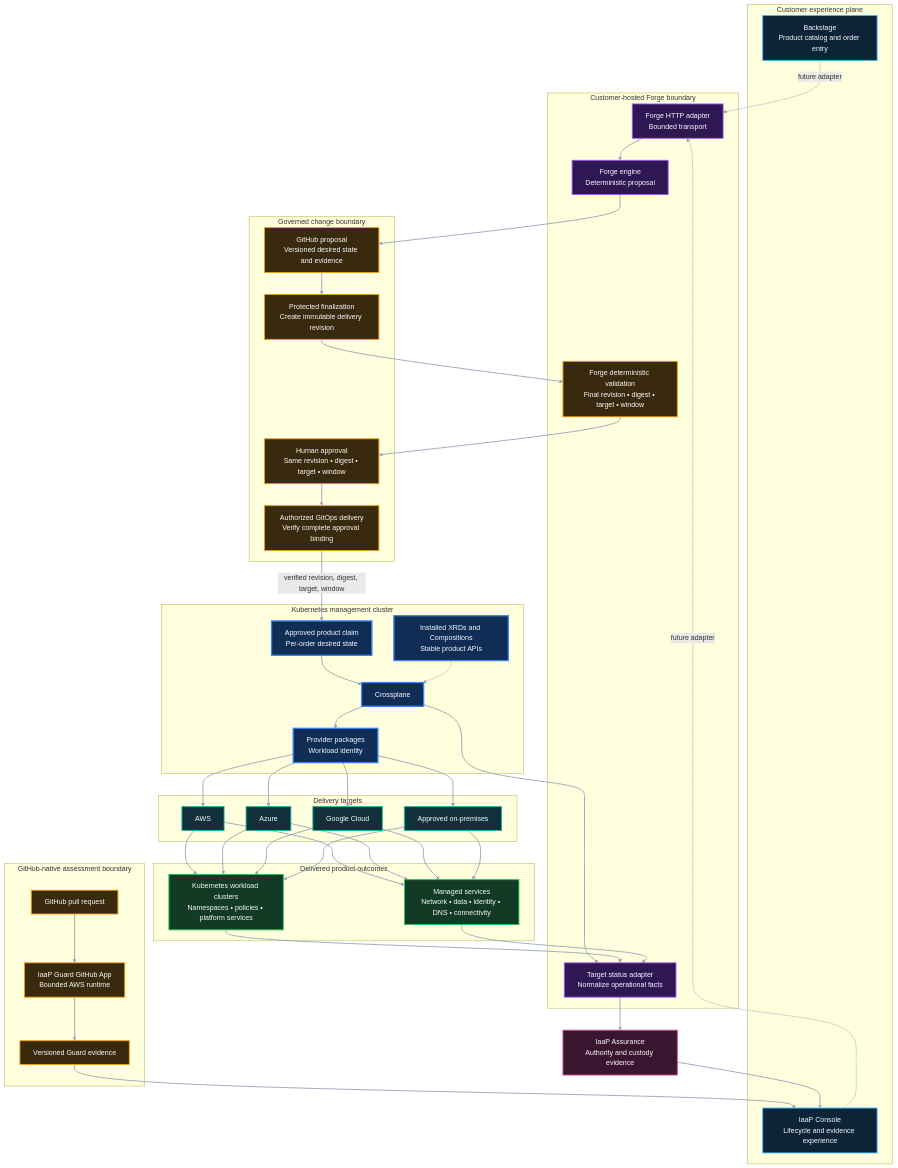
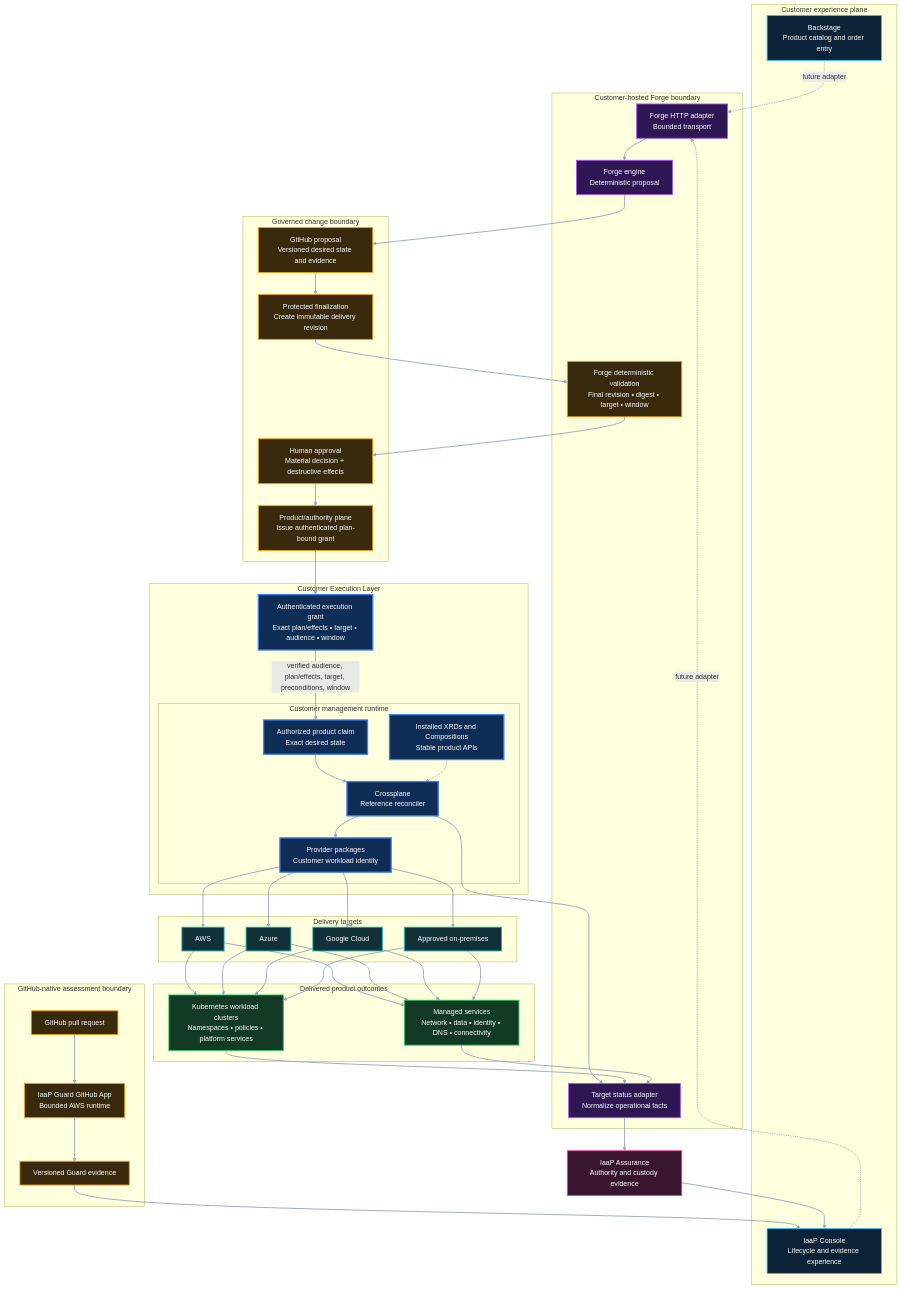
Before and after one commit to InfrastructureProductWorks/ai-powered-infrastructure-as-a-product: the second of 5 diagrams in docs/PRODUCT-ARCHITECTURE.md, drawn with Mermaid. The commit also changed other lines of this file, not shown here.

Commit message:
docs: route runtime architecture through CEL

```diff
--- a/docs/PRODUCT-ARCHITECTURE.md
+++ b/docs/PRODUCT-ARCHITECTURE.md
@@ -89,15 +91,18 @@
   subgraph GOV["Governed change boundary"]
     GH["GitHub proposal<br/>Versioned desired state and evidence"]
     PM["Protected finalization<br/>Create immutable delivery revision"]
-    HA["Human approval<br/>Same revision • digest • target • window"]
-    GC["Authorized GitOps delivery<br/>Verify complete approval binding"]
+    HA["Human approval<br/>Material decision + destructive effects"]
+    GC["Product/authority plane<br/>Issue authenticated plan-bound grant"]
   end
 
-  subgraph MGMT["Kubernetes management cluster"]
-    CLAIM["Approved product claim<br/>Per-order desired state"]
-    XP["Crossplane"]
-    PKG["Installed XRDs and Compositions<br/>Stable product APIs"]
-    PRV["Provider packages<br/>Workload identity"]
+  subgraph CELBOUNDARY["Customer Execution Layer"]
+    GRANT["Authenticated execution grant<br/>Exact plan/effects • target • audience • window"]
+    subgraph MGMT["Customer management runtime"]
+      CLAIM["Authorized product claim<br/>Exact desired state"]
+      XP["Crossplane<br/>Reference reconciler"]
+      PKG["Installed XRDs and Compositions<br/>Stable product APIs"]
+      PRV["Provider packages<br/>Customer workload identity"]
+    end
   end
 
   subgraph DEST["Delivery targets"]
@@ -125,7 +130,8 @@
   PM --> FV
   FV --> HA
   HA --> GC
-  GC -- verified revision, digest, target, window --> CLAIM
+  GC --> GRANT
+  GRANT -- verified audience, plan/effects, target, preconditions, window --> CLAIM
   CLAIM --> XP
   PKG -.-> XP
   XP --> PRV
@@ -157,7 +163,7 @@
   class BS,UI experience
   class FH,FE,FA service
   class GPR,GAPP,GE,FV,GH,HA,PM,GC governance
-  class CLAIM,XP,PKG,PRV control
+  class GRANT,CLAIM,XP,PKG,PRV control
   class C1,C2,C3,C4 cloud
   class WK,MS outcome
   class IA evidence
```
